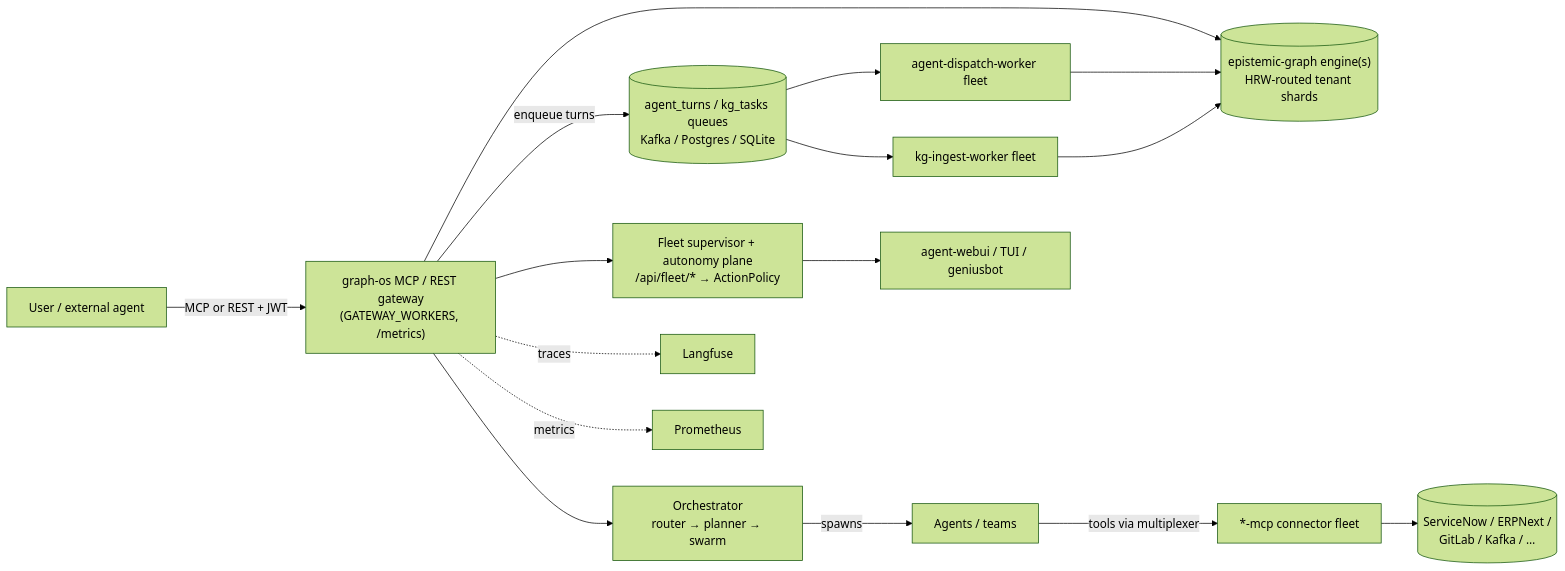
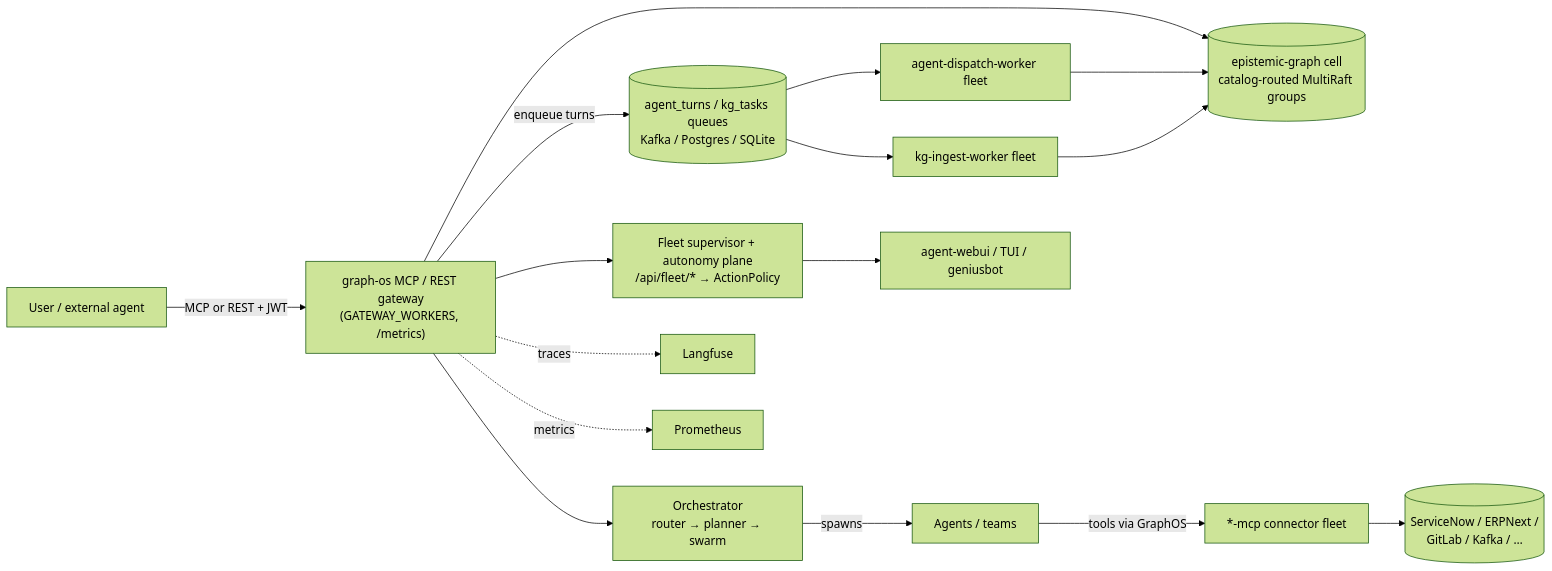
Before and after one commit to Knuckles-Team/agent-utilities: the diagram in docs/ecosystem.md, drawn with Mermaid (forest theme). The commit also changed other lines of this file and 3818 other files, not shown here.

````diff
--- a/docs/ecosystem.md
+++ b/docs/ecosystem.md
@@ -54,18 +79,18 @@
 ```mermaid
 flowchart LR
     U[User / external agent] -->|MCP or REST + JWT| GW["graph-os MCP / REST gateway<br/>(GATEWAY_WORKERS, /metrics)"]
-    GW --> ENG[("epistemic-graph engine(s)<br/>HRW-routed tenant shards")]
+    GW --> ENG[("epistemic-graph cell<br/>catalog-routed MultiRaft groups")]
     GW --> ORCH["Orchestrator<br/>router → planner → swarm"]
     GW -->|enqueue turns| Q[("agent_turns / kg_tasks queues<br/>Kafka / Postgres / SQLite")]
     Q --> DW[agent-dispatch-worker fleet]
     Q --> IW[kg-ingest-worker fleet]
     DW --> ENG
     IW --> ENG
     ORCH -->|spawns| AG[Agents / teams]
-    AG -->|tools via multiplexer| FLEET[*-mcp connector fleet]
+    AG -->|tools via GraphOS| FLEET[*-mcp connector fleet]
     FLEET --> EXT[("ServiceNow / ERPNext /<br/>GitLab / Kafka / …")]
     GW --> SUP["Fleet supervisor + autonomy plane<br/>/api/fleet/* → ActionPolicy"]
     SUP --> UI[agent-webui / TUI / geniusbot]
     GW -.traces.-> LF[Langfuse]
     GW -.metrics.-> PROM[Prometheus]
 ```
````
